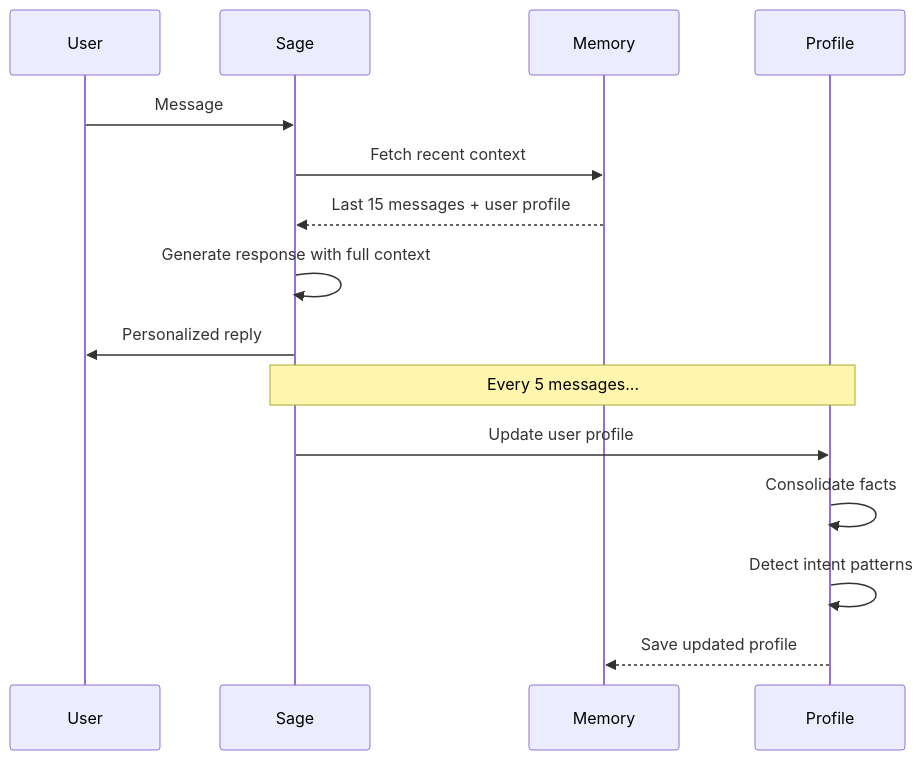
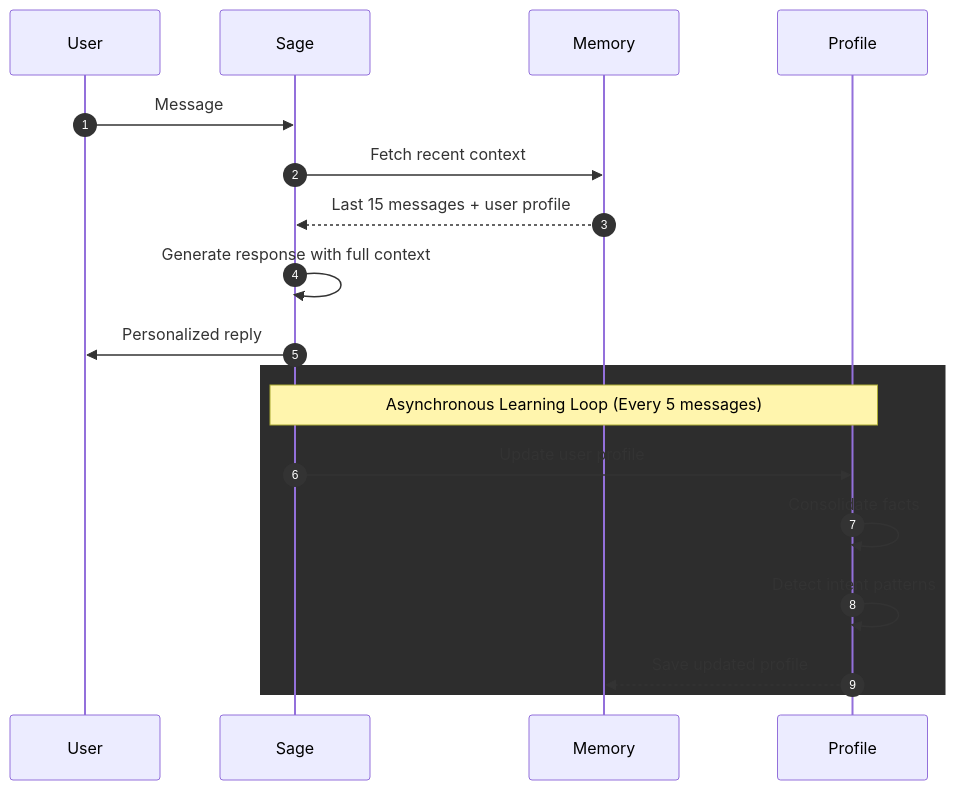
The second of 6 diagrams in docs/AGENTIC_ARCHITECTURE.md (BokX1/Sage), drawn with Mermaid before and after one commit. The commit also changed other lines of this file and 10 other files, not shown here.

````diff
--- a/docs/AGENTIC_ARCHITECTURE.md
+++ b/docs/AGENTIC_ARCHITECTURE.md
@@ -80,20 +80,23 @@
 ```mermaid
 sequenceDiagram
+    autonumber
     participant User
     participant Sage
     participant Memory
     participant Profile
     
     User->>Sage: Message
     Sage->>Memory: Fetch recent context
     Memory-->>Sage: Last 15 messages + user profile
     
     Sage->>Sage: Generate response with full context
     Sage->>User: Personalized reply
     
-    Note over Sage,Profile: Every 5 messages...
-    Sage->>Profile: Update user profile
-    Profile->>Profile: Consolidate facts
-    Profile->>Profile: Detect intent patterns
-    Profile-->>Memory: Save updated profile
+    rect rgb(45, 45, 45)
+        Note over Sage,Profile: Asynchronous Learning Loop (Every 5 messages)
+        Sage->>Profile: Update user profile
+        Profile->>Profile: Consolidate facts
+        Profile->>Profile: Detect intent patterns
+        Profile-->>Memory: Save updated profile
+    end
 ```
````
